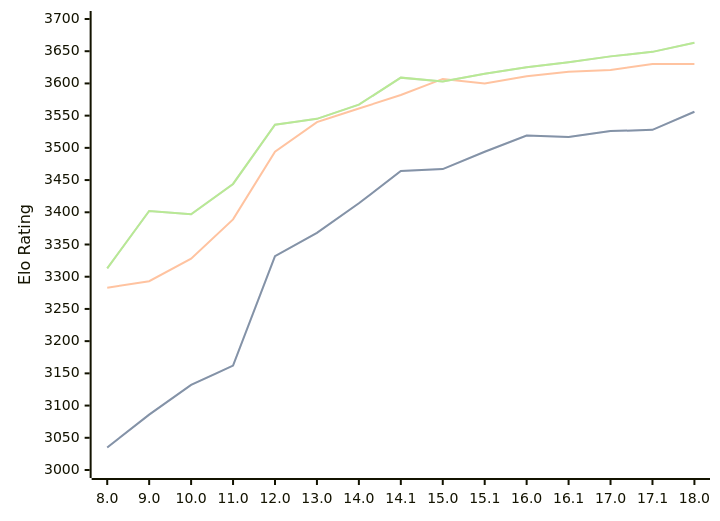
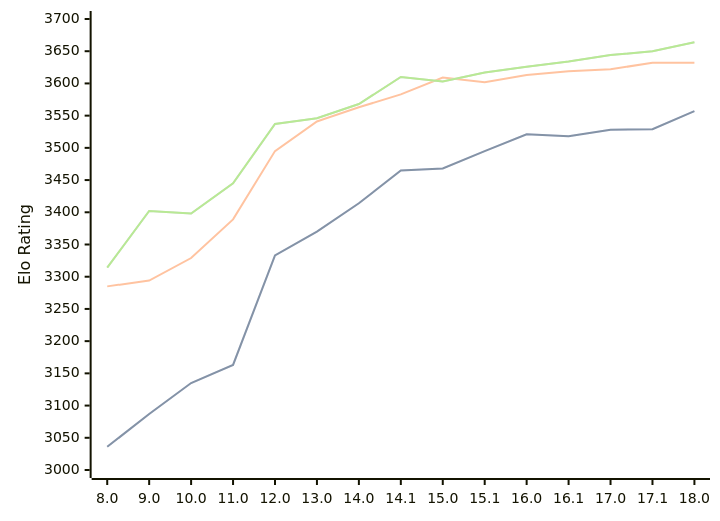
The diagram in engines/Stockfish.md (computer-chess-index/cci), drawn with Mermaid before and after one commit. The commit also changed other lines of this file, not shown here.

Commit message:
Update CCI Ratings (ELO VLTC) - 2026-05-06

````diff
--- a/engines/Stockfish.md
+++ b/engines/Stockfish.md
@@ -46,11 +46,11 @@
 ```mermaid
 %%{init: {"theme":"base","themeVariables":{"seriesColors:['#a3a3a3','#222221','#faa371']}}}%%
 xychart-beta
   x-axis ["8.0", "9.0", "10.0", "11.0", "12.0", "13.0", "14.0", "14.1", "15.0", "15.1", "16.0", "16.1", "17.0", "17.1", "18.0"]
   y-axis "Elo Rating" 3000 --> 3700
-  line "STC (8.0+0.08s)" [3035, 3086, 3132, 3162, 3332, 3368, 3414, 3464, 3467, 3494, 3519, 3517, 3526, 3528, 3556]
-  line "STC (8.0+0.08s)" [3035, 3086, 3132, 3162, 3332, 3368, 3414, 3464, 3467, 3494, 3519, 3517, 3526, 3528, 3556]
-  line "LTC (60.0+0.60s)" [3283, 3293, 3328, 3389, 3494, 3540, 3561, 3582, 3607, 3600, 3611, 3618, 3621, 3630, 3630]
-  line "VLTC (2m24s+1.12s)" [3313, 3402, 3397, 3444, 3536, 3545, 3567, 3609, 3603, 3615, 3625, 3633, 3642, 3649, 3663]
-  line "VLTC (2m24s+1.12s)" [3313, 3402, 3397, 3444, 3536, 3545, 3567, 3609, 3603, 3615, 3625, 3633, 3642, 3649, 3663]
+  line "STC (8.0+0.08s)" [3036, 3087, 3135, 3163, 3333, 3370, 3414, 3465, 3468, 3495, 3521, 3518, 3528, 3529, 3557]
+  line "STC (8.0+0.08s)" [3036, 3087, 3135, 3163, 3333, 3370, 3414, 3465, 3468, 3495, 3521, 3518, 3528, 3529, 3557]
+  line "LTC (60.0+0.60s)" [3285, 3294, 3329, 3389, 3495, 3541, 3563, 3583, 3609, 3602, 3613, 3619, 3622, 3632, 3632]
+  line "VLTC (2m24s+1.12s)" [3314, 3402, 3398, 3445, 3537, 3546, 3568, 3610, 3603, 3617, 3626, 3634, 3644, 3650, 3664]
+  line "VLTC (2m24s+1.12s)" [3314, 3402, 3398, 3445, 3537, 3546, 3568, 3610, 3603, 3617, 3626, 3634, 3644, 3650, 3664]
 ```
````
